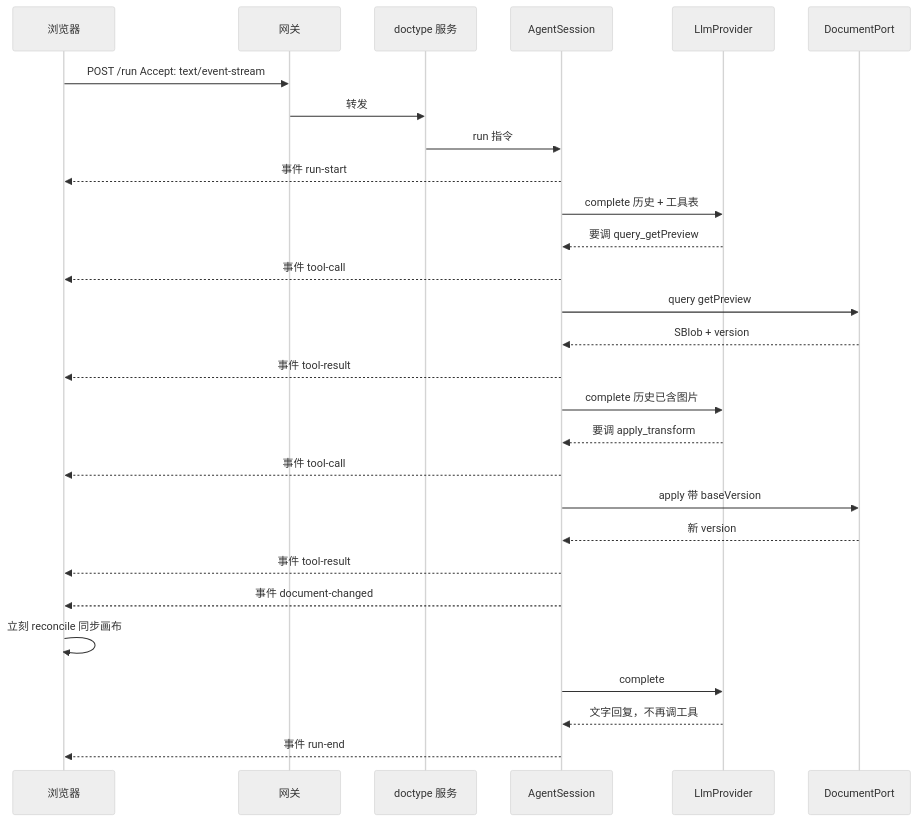
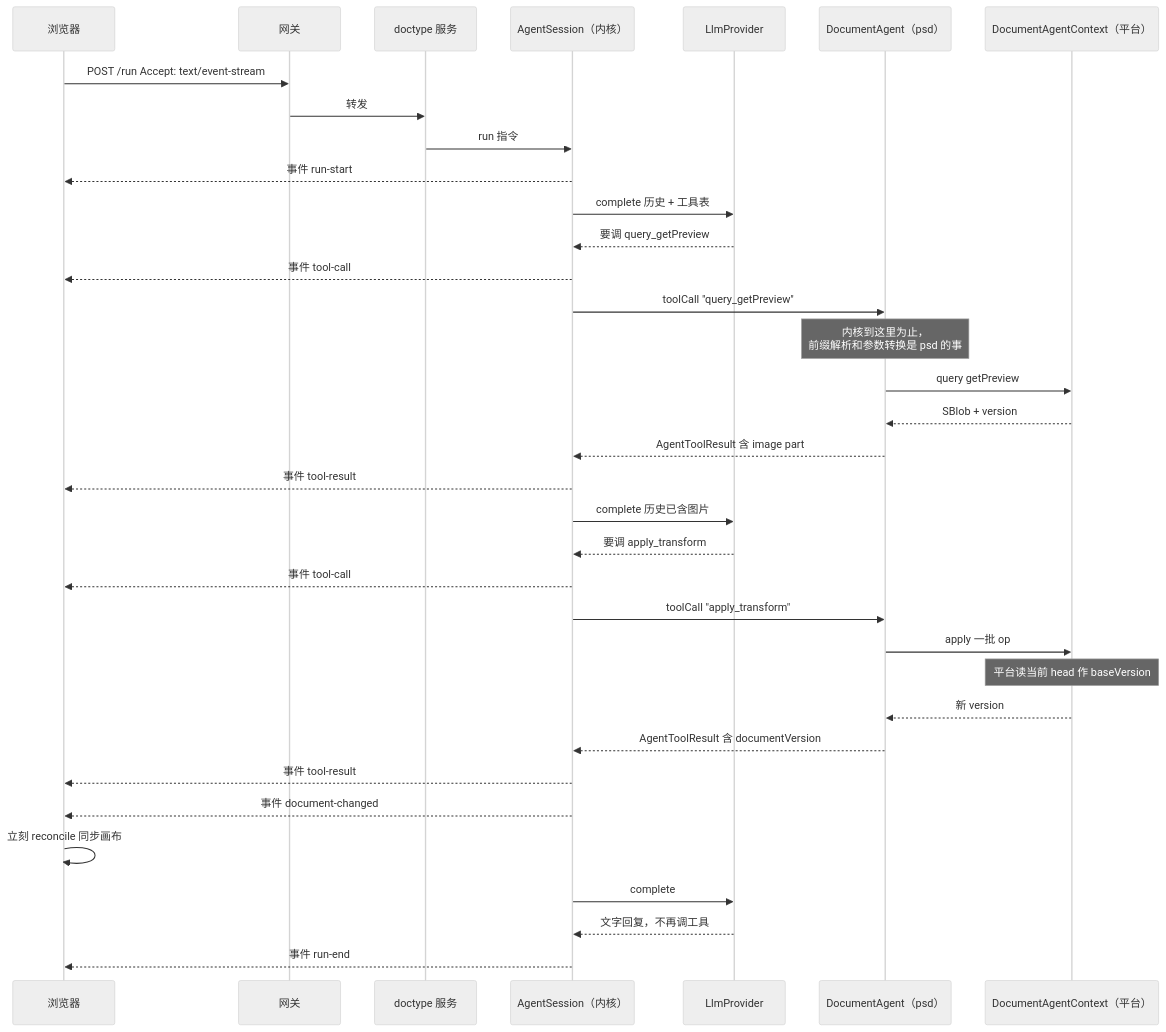
Diagram 11 of 14 in docs/superpowers/specs/2026-08-26-agent-sdk-design.md (shazhou-ww/unidocs), drawn with Mermaid (neutral theme) before and after one commit. The commit also changed other lines of this file, not shown here.

First line of the commit message:
docs(agent-sdk): 删掉乐观锁包装层,版本不归 agent 管

````diff
--- a/docs/superpowers/specs/2026-08-26-agent-sdk-design.md
+++ b/docs/superpowers/specs/2026-08-26-agent-sdk-design.md
@@ -821,35 +821,42 @@
 ```mermaid
 sequenceDiagram
     participant B as 浏览器
     participant G as 网关
     participant W as doctype 服务
-    participant S as AgentSession
+    participant S as AgentSession（内核）
     participant L as LlmProvider
-    participant C as DocumentPort
+    participant A as DocumentAgent（psd）
+    participant C as DocumentAgentContext（平台）
 
     B->>G: POST /run  Accept: text/event-stream
     G->>W: 转发
     W->>S: run 指令
     S-->>B: 事件 run-start
 
     S->>L: complete 历史 + 工具表
     L-->>S: 要调 query_getPreview
     S-->>B: 事件 tool-call
 
-    S->>C: query getPreview
-    C-->>S: SBlob + version
+    S->>A: toolCall "query_getPreview"
+    Note over A: 内核到这里为止，<br/>前缀解析和参数转换是 psd 的事
+    A->>C: query getPreview
+    C-->>A: SBlob + version
+    A-->>S: AgentToolResult 含 image part
     S-->>B: 事件 tool-result
 
     S->>L: complete 历史已含图片
     L-->>S: 要调 apply_transform
     S-->>B: 事件 tool-call
-    S->>C: apply 带 baseVersion
-    C-->>S: 新 version
+    S->>A: toolCall "apply_transform"
+    A->>C: apply 一批 op
+    Note over C: 平台读当前 head 作 baseVersion
+    C-->>A: 新 version
+    A-->>S: AgentToolResult 含 documentVersion
     S-->>B: 事件 tool-result
     S-->>B: 事件 document-changed
     B->>B: 立刻 reconcile 同步画布
 
     S->>L: complete
     L-->>S: 文字回复，不再调工具
     S-->>B: 事件 run-end
 ```
````
